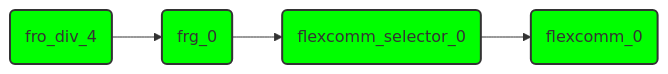
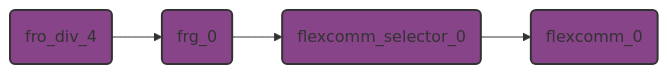
The first of 7 diagrams in pw_clock_tree_mcuxpresso/docs.rst (chromium-full-mirror/chromiumos_third_party_pigweed_pigweed), drawn with Mermaid before and after one commit. The commit also changed other lines of this file and 9 other files, not shown here.

```diff
--- a/pw_clock_tree_mcuxpresso/docs.rst
+++ b/pw_clock_tree_mcuxpresso/docs.rst
@@ -57,10 +58,10 @@
 .. mermaid::
 
     flowchart LR
           A(fro_div_4) -->B(frg_0)
           B-->C(flexcomm_selector_0)
           C-->D(flexcomm_0)
-          style A fill:#0f0,stroke:#333,stroke-width:2px
-          style B fill:#0f0,stroke:#333,stroke-width:2px
-          style C fill:#0f0,stroke:#333,stroke-width:2px
-          style D fill:#0f0,stroke:#333,stroke-width:2px
+          style A fill:#848,stroke:#333,stroke-width:2px
+          style B fill:#848,stroke:#333,stroke-width:2px
+          style C fill:#848,stroke:#333,stroke-width:2px
+          style D fill:#848,stroke:#333,stroke-width:2px
```
